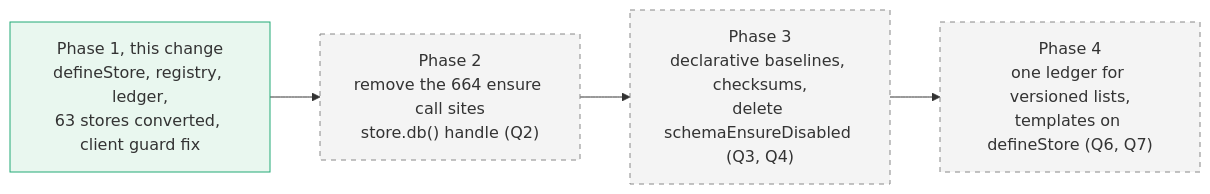
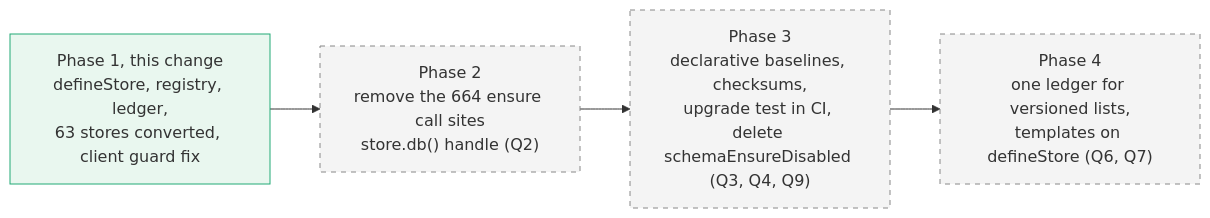
Diagram 17 of 21 in docs/plans/2026-09-28-store-registry-schema-ownership.md (BuilderIO/agent-native), drawn with Mermaid before and after one commit. The commit also changed other lines of this file, not shown here.

````diff
--- a/docs/plans/2026-09-28-store-registry-schema-ownership.md
+++ b/docs/plans/2026-09-28-store-registry-schema-ownership.md
@@ -550,12 +661,12 @@
 ```mermaid
 flowchart LR
   P1["Phase 1, this change<br/>defineStore, registry, ledger,<br/>63 stores converted, client guard fix"]
   P2["Phase 2<br/>remove the 664 ensure call sites<br/>store.db() handle (Q2)"]
-  P3["Phase 3<br/>declarative baselines, checksums,<br/>delete schemaEnsureDisabled (Q3, Q4)"]
+  P3["Phase 3<br/>declarative baselines, checksums,<br/>upgrade test in CI, delete schemaEnsureDisabled (Q3, Q4, Q9)"]
   P4["Phase 4<br/>one ledger for versioned lists,<br/>templates on defineStore (Q6, Q7)"]
   P1 --> P2 --> P3 --> P4
   classDef done fill:#e9f7ef,stroke:#2a7
   classDef next fill:#f4f4f4,stroke:#888,stroke-dasharray: 5 5
   class P1 done
   class P2,P3,P4 next
 ```
````
